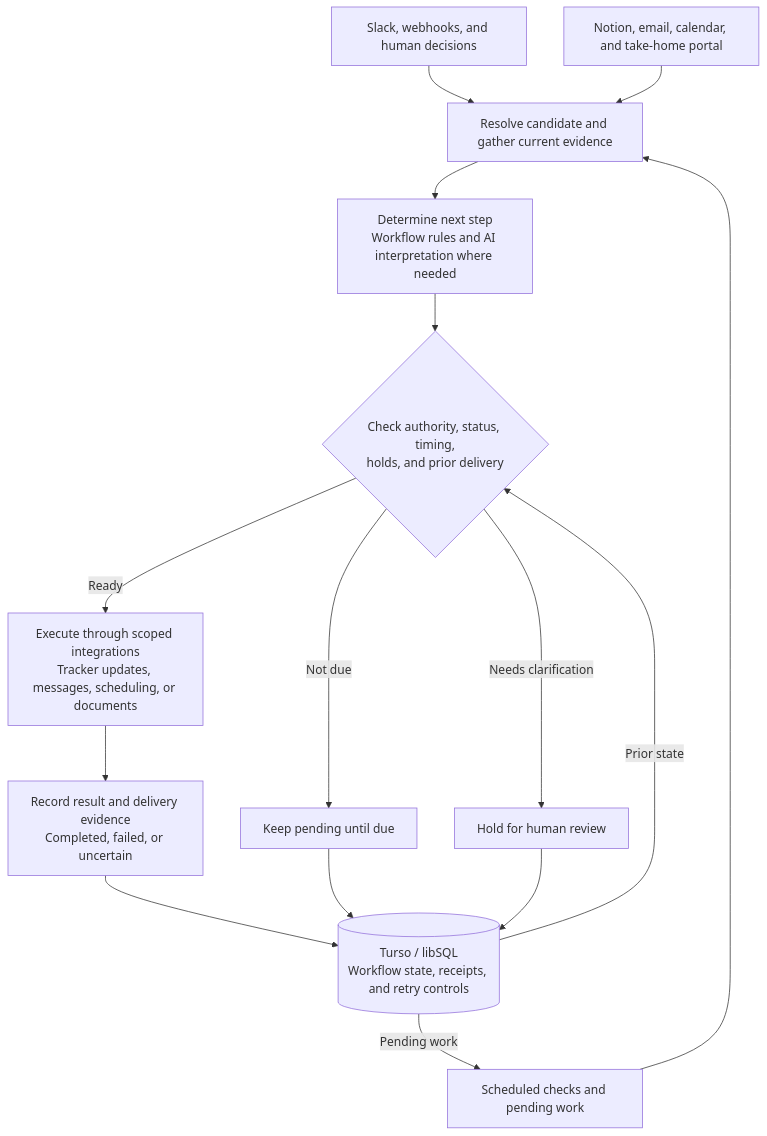
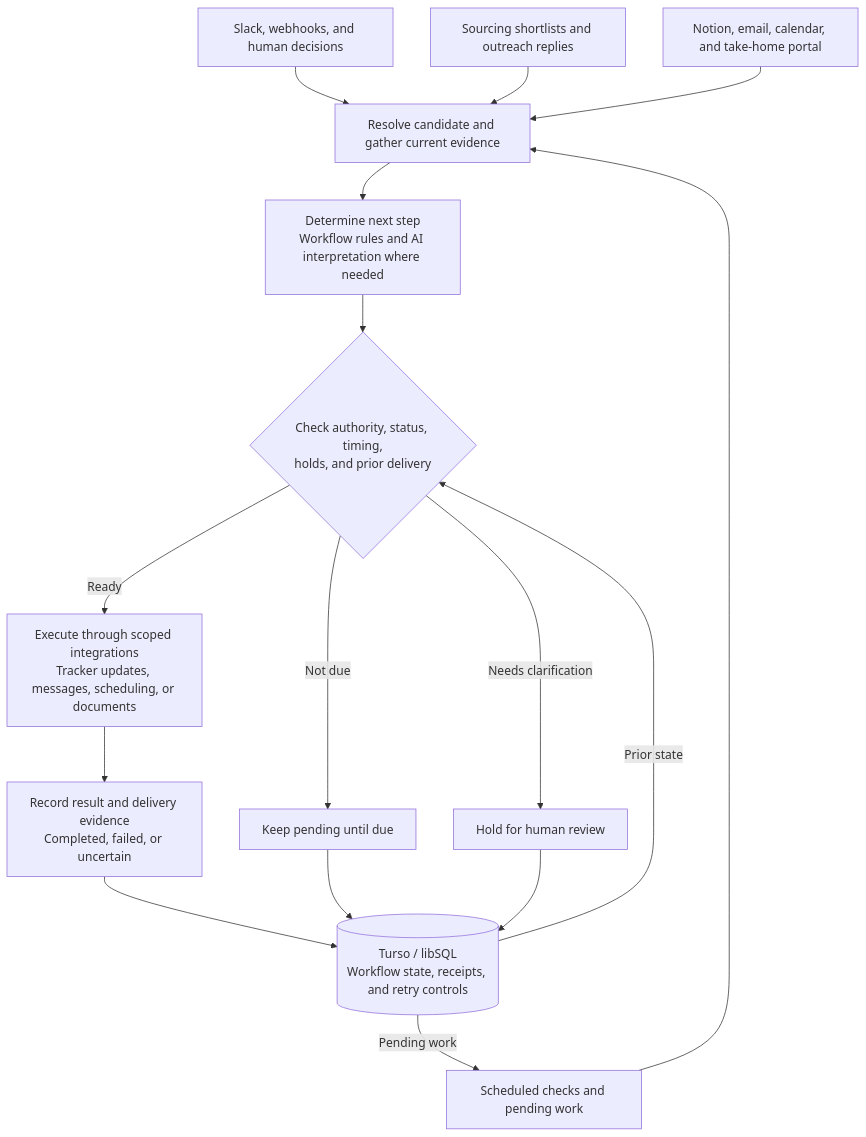
The second of 2 diagrams in README.md (mbosborn/uncle-sam), drawn with Mermaid before and after one commit. The commit also changed other lines of this file, not shown here.

Commit message:
Document sourcing feedback loop and outreach workflows

````diff
--- a/README.md
+++ b/README.md
@@ -26,18 +76,19 @@
 ```mermaid
 flowchart TD
   S["Slack, webhooks, and human decisions"] --> C
+  O["Sourcing shortlists and outreach replies"] --> C
   T["Scheduled checks and pending work"] --> C
   C["Resolve candidate and gather current evidence"]
   N["Notion, email, calendar, and take-home portal"] --> C
   C --> P["Determine next step<br/>Workflow rules and AI interpretation where needed"]
   P --> V{"Check authority, status, timing,<br/>holds, and prior delivery"}
   V -->|Ready| A["Execute through scoped integrations<br/>Tracker updates, messages, scheduling, or documents"]
   V -->|Not due| W["Keep pending until due"]
   V -->|Needs clarification| H["Hold for human review"]
   A --> R["Record result and delivery evidence<br/>Completed, failed, or uncertain"]
   R --> D[("Turso / libSQL<br/>Workflow state, receipts, and retry controls")]
   W --> D
   H --> D
   D -->|Prior state| V
   D -->|Pending work| T
 ```
````
